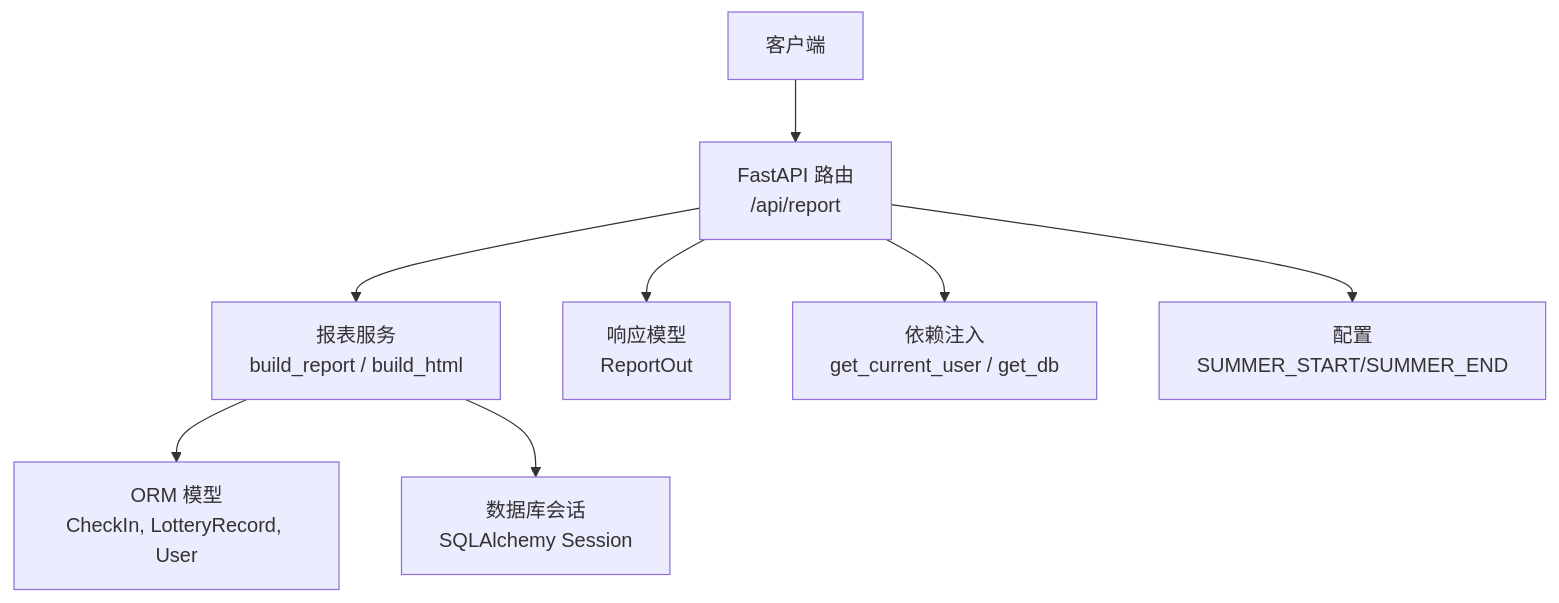
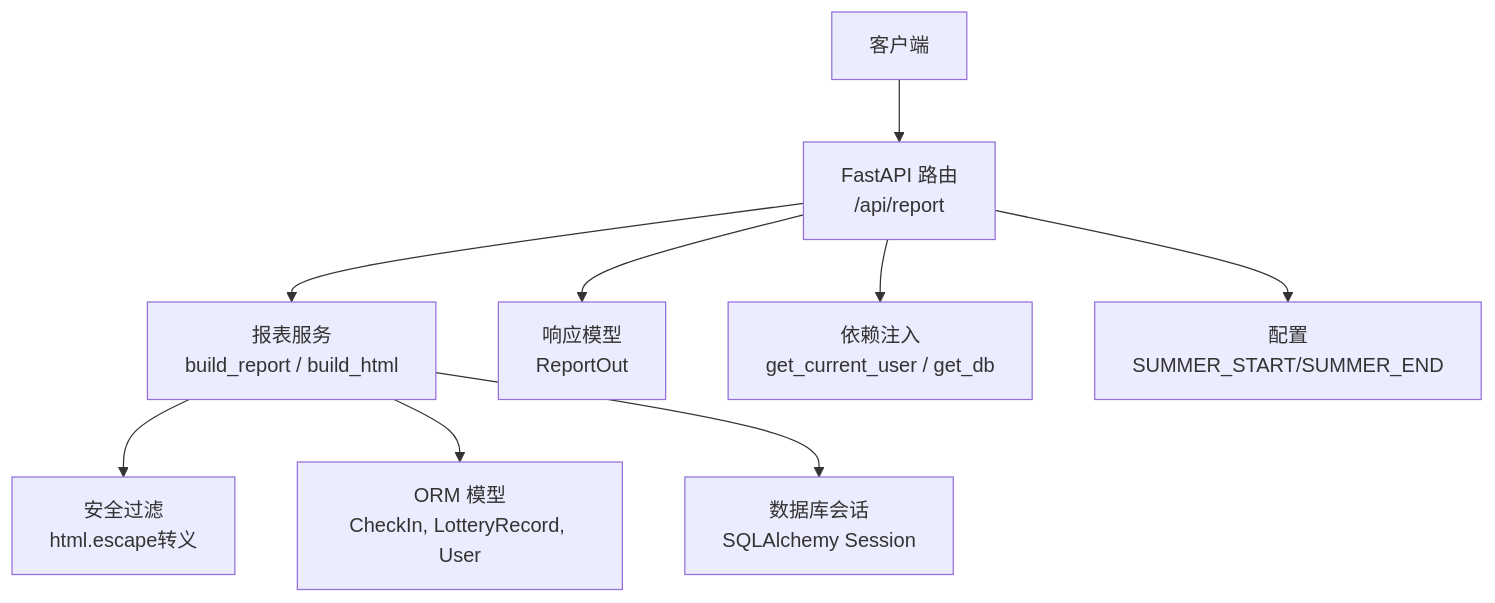
One commit to onebody/homework changed the first of 6 diagrams in .qoder/repowiki/zh/content/暑假作业打卡系统/后端服务架构/服务层架构/报表服务.md. Above: the diagram before and after it, drawn with Mermaid. The commit also changed other lines of this file and 28 other files, not shown here.

````diff
--- a/.qoder/repowiki/zh/content/暑假作业打卡系统/后端服务架构/服务层架构/报表服务.md
+++ b/.qoder/repowiki/zh/content/暑假作业打卡系统/后端服务架构/服务层架构/报表服务.md
@@ -42,10 +51,11 @@
 ```mermaid
 graph TB
 Client["客户端"] --> Router["FastAPI 路由<br/>/api/report"]
 Router --> Service["报表服务<br/>build_report / build_html"]
+Service --> Security["安全过滤<br/>html.escape转义"]
 Service --> Models["ORM 模型<br/>CheckIn, LotteryRecord, User"]
 Service --> DB["数据库会话<br/>SQLAlchemy Session"]
 Router --> Schemas["响应模型<br/>ReportOut"]
 Router --> Deps["依赖注入<br/>get_current_user / get_db"]
 Router --> Config["配置<br/>SUMMER_START/SUMMER_END"]
 ```
````
